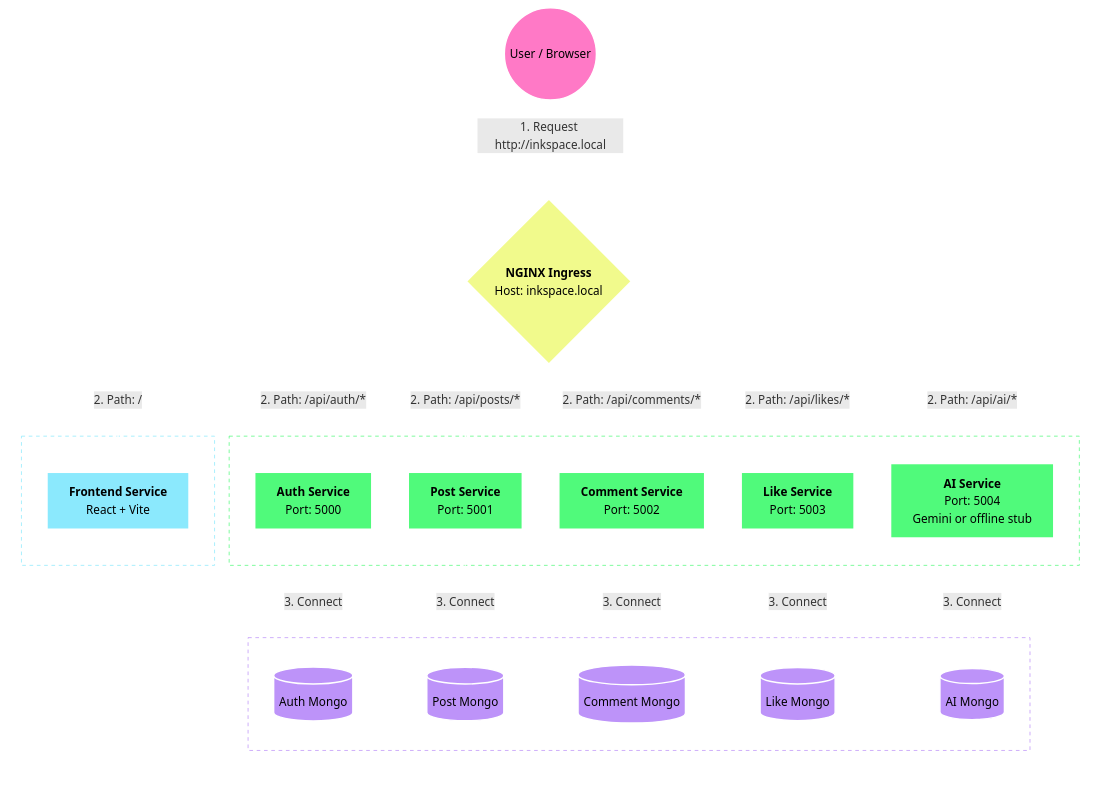
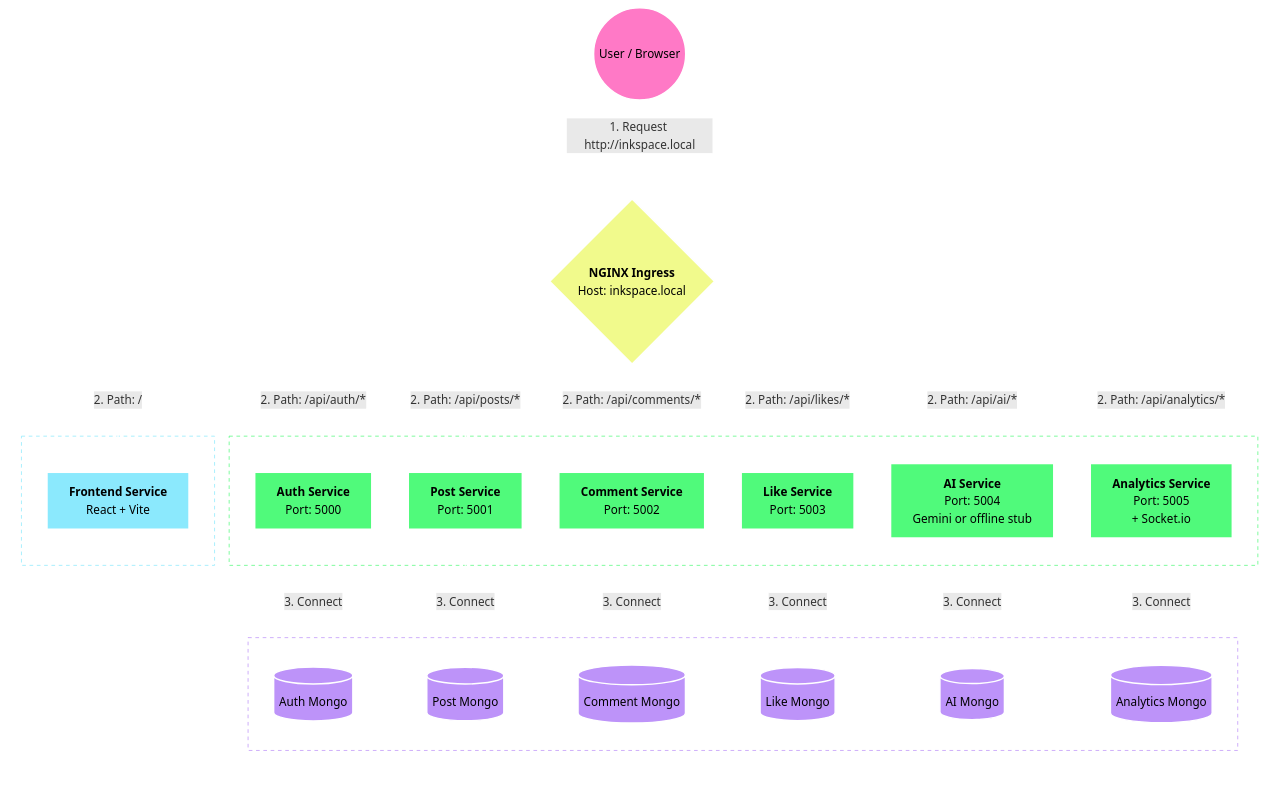
One commit to elus444/Inkspace changed the diagram in README.md. Above: the diagram before and after it, drawn with Mermaid. The commit also changed other lines of this file and 34 other files, not shown here.

First line of the commit message:
Add analytics dashboard service (Feature 3)

````diff
--- a/README.md
+++ b/README.md
@@ -61,68 +68,72 @@
 ```mermaid
 graph TD
     %% -- HIGH CONTRAST DARK MODE THEME --
     
     %% Styling Definitions
     %% Stroke is set to white (#fff) to pop against black background
     %% Fills are bright neons to ensure black text is readable
     classDef user fill:#ff79c6,stroke:#fff,stroke-width:2px,color:black;
     classDef ingress fill:#f1fa8c,stroke:#fff,stroke-width:2px,color:black;
     classDef frontend fill:#8be9fd,stroke:#fff,stroke-width:2px,color:black;
     classDef backend fill:#50fa7b,stroke:#fff,stroke-width:2px,color:black;
     classDef db fill:#bd93f9,stroke:#fff,stroke-width:2px,shape:cylinder,color:black;
 
     %% Nodes
     User((User / Browser)):::user
     
     subgraph Kubernetes_Cluster [Kubernetes Cluster]
         direction TB
         %% White border for the subgraph
         style Kubernetes_Cluster fill:none,stroke:#fff,stroke-width:2px,color:#fff
         
         Ingress{<b>NGINX Ingress</b><br>Host: inkspace.local}:::ingress
 
         subgraph Frontend_Layer
             style Frontend_Layer fill:none,stroke:#8be9fd,stroke-width:1px,stroke-dasharray: 5 5,color:#fff
             Front[<b>Frontend Service</b><br>React + Vite]:::frontend
         end
 
         subgraph Backend_Layer [Microservices]
             style Backend_Layer fill:none,stroke:#50fa7b,stroke-width:1px,stroke-dasharray: 5 5,color:#fff
             Auth[<b>Auth Service</b><br>Port: 5000]:::backend
             Post[<b>Post Service</b><br>Port: 5001]:::backend
             Comm[<b>Comment Service</b><br>Port: 5002]:::backend
             Like[<b>Like Service</b><br>Port: 5003]:::backend
             AI[<b>AI Service</b><br>Port: 5004<br>Gemini or offline stub]:::backend
+            Analytics[<b>Analytics Service</b><br>Port: 5005<br>+ Socket.io]:::backend
         end
 
         subgraph Database_Layer [Persistent Storage]
             style Database_Layer fill:none,stroke:#bd93f9,stroke-width:1px,stroke-dasharray: 5 5,color:#fff
             AuthDB[(Auth Mongo)]:::db
             PostDB[(Post Mongo)]:::db
             CommDB[(Comment Mongo)]:::db
             LikeDB[(Like Mongo)]:::db
             AIDB[(AI Mongo)]:::db
+            AnalyticsDB[(Analytics Mongo)]:::db
         end
     end
 
     %% Routing Flow - Thick arrows for visibility
     User ==>|1. Request http://inkspace.local| Ingress
 
     %% Ingress Rules
     Ingress -->|2. Path: /| Front
     Ingress -->|2. Path: /api/auth/*| Auth
     Ingress -->|2. Path: /api/posts/*| Post
     Ingress -->|2. Path: /api/comments/*| Comm
     Ingress -->|2. Path: /api/likes/*| Like
     Ingress -->|2. Path: /api/ai/*| AI
+    Ingress -->|2. Path: /api/analytics/*| Analytics
 
     %% Database Connections - Dotted white lines
     Auth -.->|3. Connect| AuthDB
     Post -.->|3. Connect| PostDB
     Comm -.->|3. Connect| CommDB
     Like -.->|3. Connect| LikeDB
     AI -.->|3. Connect| AIDB
+    Analytics -.->|3. Connect| AnalyticsDB
     
     %% Force Link Colors to White (Note: varying support in some viewers)
     linkStyle default stroke:#fff,stroke-width:2px;
 ```
````
